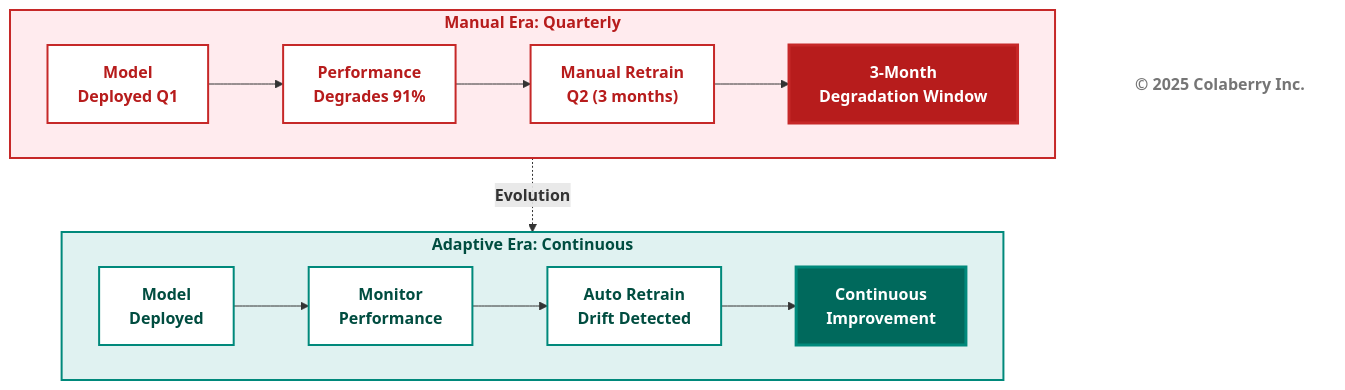
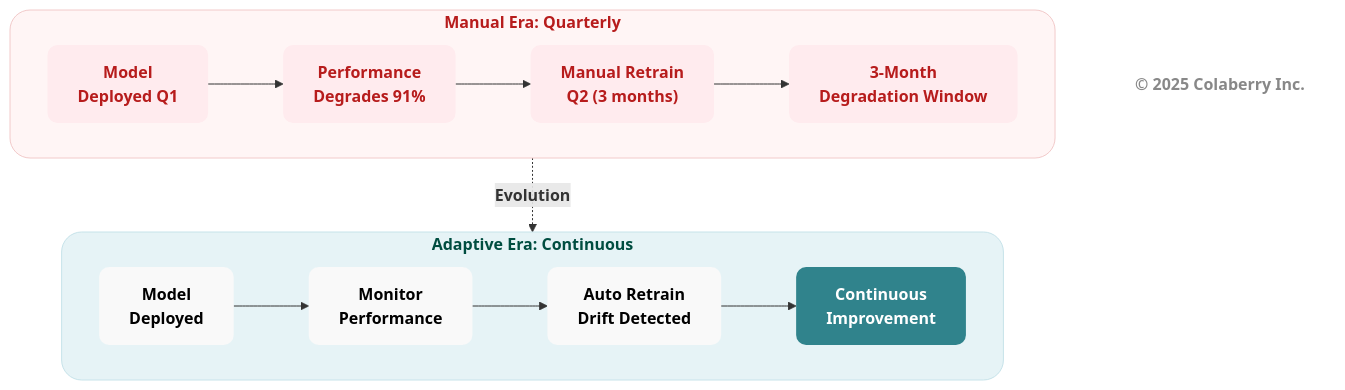
One commit to saitejesh-cyber/trust-before-intelligence-book changed the tenth of 12 diagrams in manuscript/03_chapter_2_inpact_framework.md. Above: the diagram before and after it, drawn with Mermaid. The commit also changed other lines of this file and 4 other files, not shown here.

Commit message:
Chapter 1to5: Updated mermaid diagrams based on new colaberry color code

````diff
--- a/manuscript/03_chapter_2_inpact_framework.md
+++ b/manuscript/03_chapter_2_inpact_framework.md
@@ -707,35 +745,40 @@
 ```mermaid
 graph TB
     subgraph ERA1["<b>Manual Era: Quarterly</b>"]
         direction LR
         A1["<b>Model<br/>Deployed Q1</b>"] --> B1["<b>Performance<br/>Degrades 91%</b>"]
         B1 --> C1["<b>Manual Retrain<br/>Q2 (3 months)</b>"]
         C1 --> D1["<b>3-Month<br/>Degradation Window</b>"]
         
-        style D1 fill:#b71c1c,color:#ffffff,stroke:#c62828,stroke-width:3px
+        %% 🔴 CRITICAL TRUST EROSION
+        style D1 fill:#990000,stroke:#b71c1c,stroke-width:1px,color:#ffffff,rx:10,ry:10
     end
     
+    %% 🔵 TRANSITION — CONTINUOUS ADAPTATION
     ERA1 -.->|<b>Evolution</b>| ERA2
     
     subgraph ERA2["<b>Adaptive Era: Continuous</b>"]
         direction LR
         A2["<b>Model<br/>Deployed</b>"] --> B2["<b>Monitor<br/>Performance</b>"]
         B2 --> C2["<b>Auto Retrain<br/>Drift Detected</b>"]
         C2 --> D2["<b>Continuous<br/>Improvement</b>"]
-        
-        style D2 fill:#00695c,color:#ffffff,stroke:#00897b,stroke-width:3px
     end
-    
-    style ERA1 fill:#ffebee,stroke:#c62828,stroke-width:2px,color:#b71c1c
-    style A1 fill:#ffffff,stroke:#c62828,stroke-width:2px,color:#b71c1c
-    style B1 fill:#ffffff,stroke:#c62828,stroke-width:2px,color:#b71c1c
-    style C1 fill:#ffffff,stroke:#c62828,stroke-width:2px,color:#b71c1c
-    
-    style ERA2 fill:#e0f2f1,stroke:#00897b,stroke-width:2px,color:#004d40
-    style A2 fill:#ffffff,stroke:#00897b,stroke-width:2px,color:#004d40
-    style B2 fill:#ffffff,stroke:#00897b,stroke-width:2px,color:#004d40
-    style C2 fill:#ffffff,stroke:#00897b,stroke-width:2px,color:#004d40
-    
+
+    %% 🔴 FAILURE / TRUST EROSION
+    style ERA1 fill:#fff5f5,stroke:#f2caca,stroke-width:1px,color:#b71c1c,rx:20,ry:20
+    style A1 fill:#ffebee,stroke:none,color:#b71c1c,rx:10,ry:10
+    style B1 fill:#ffebee,stroke:none,color:#b71c1c,rx:10,ry:10
+    style C1 fill:#ffebee,stroke:none,color:#b71c1c,rx:10,ry:10
+    style D1 fill:#ffebee,stroke:none,color:#b71c1c,rx:10,ry:10
+
+    %% 🟢 TRUSTED / ADAPTIVE OUTCOME
+    style ERA2 fill:#e6f3f6,stroke:#c7e3ea,stroke-width:1px,color:#004d40,rx:20,ry:20
+    style A2 fill:#f9f9f9,stroke:none,color:#000000,rx:10,ry:10
+    style B2 fill:#f9f9f9,stroke:none,color:#000000,rx:10,ry:10
+    style C2 fill:#f9f9f9,stroke:none,color:#000000,rx:10,ry:10
+    style D2 fill:#30838C,stroke:none,color:#ffffff,rx:10,ry:10
+
+    %% FOOTER
     Copyright["<b>© 2025 Colaberry Inc.</b>"]
-    style Copyright fill:#ffffff,stroke:none,color:#757575
+    style Copyright fill:none,stroke:none,color:#888888
 ```
````
